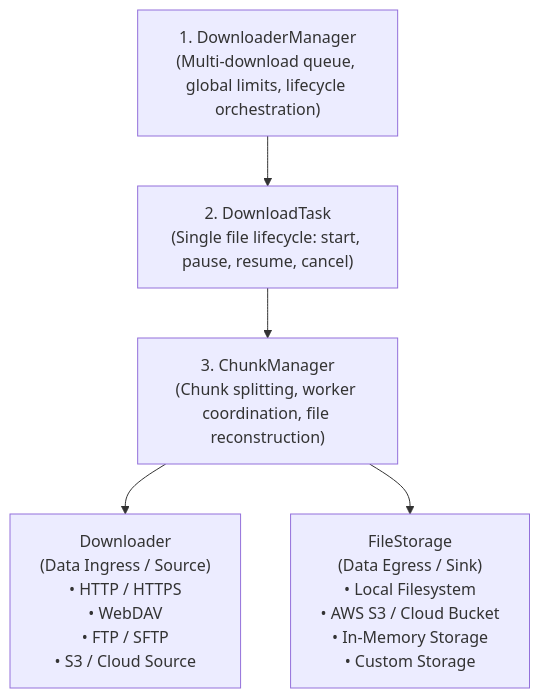
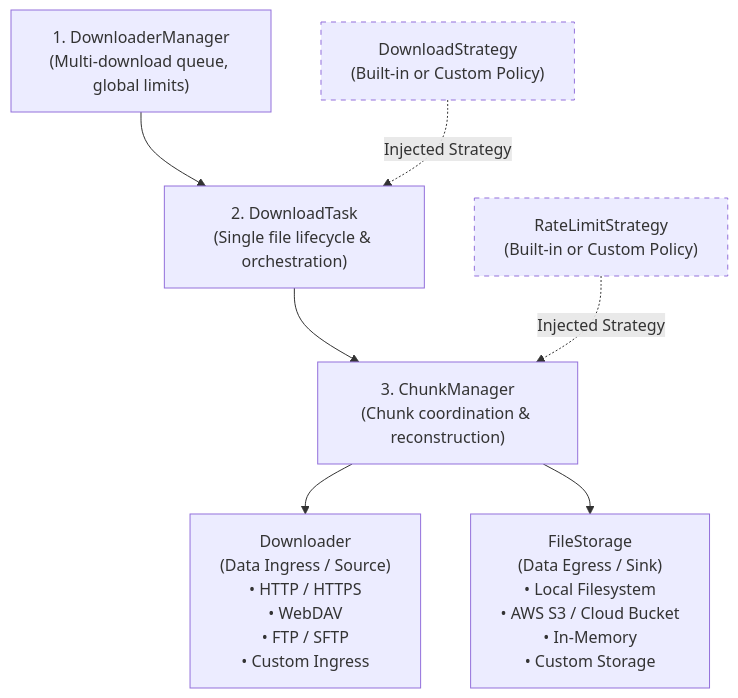
Before and after one commit to jpsamarino/SDownload: the diagram in docs/architecture.md, drawn with Mermaid. The commit also changed other lines of this file, not shown here.

Commit message:
refactor: enhance architecture documentation with detailed layer responsibilities and strategies

````diff
--- a/docs/architecture.md
+++ b/docs/architecture.md
@@ -9,14 +9,25 @@
 ```mermaid
 flowchart TD
-    DM["1. DownloaderManager\n(Multi-download queue, global limits, lifecycle orchestration)"]
-    DT["2. DownloadTask\n(Single file lifecycle: start, pause, resume, cancel)"]
-    CM["3. ChunkManager\n(Chunk splitting, worker coordination, file reconstruction)"]
+    DM["1. DownloaderManager\n(Multi-download queue, global limits)"]
+    
+    DS["DownloadStrategy\n(Built-in or Custom Policy)"]
+    DT["2. DownloadTask\n(Single file lifecycle & orchestration)"]
+    
+    RL["RateLimitStrategy\n(Built-in or Custom Policy)"]
+    CM["3. ChunkManager\n(Chunk coordination & reconstruction)"]
 
-    DL["Downloader\n(Data Ingress / Source)\n• HTTP / HTTPS\n• WebDAV\n• FTP / SFTP\n• S3 / Cloud Source"]
-    FS["FileStorage\n(Data Egress / Sink)\n• Local Filesystem\n• AWS S3 / Cloud Bucket\n• In-Memory Storage\n• Custom Storage"]
+    DL["Downloader\n(Data Ingress / Source)\n• HTTP / HTTPS\n• WebDAV\n• FTP / SFTP\n• Custom Ingress"]
+    FS["FileStorage\n(Data Egress / Sink)\n• Local Filesystem\n• AWS S3 / Cloud Bucket\n• In-Memory\n• Custom Storage"]
 
     DM --> DT
+    DS -.->|Injected Strategy| DT
+    
     DT --> CM
+    RL -.->|Injected Strategy| CM
+    
     CM --> DL
     CM --> FS
+
+    style DS stroke-dasharray: 5 5
+    style RL stroke-dasharray: 5 5
 ```
````
